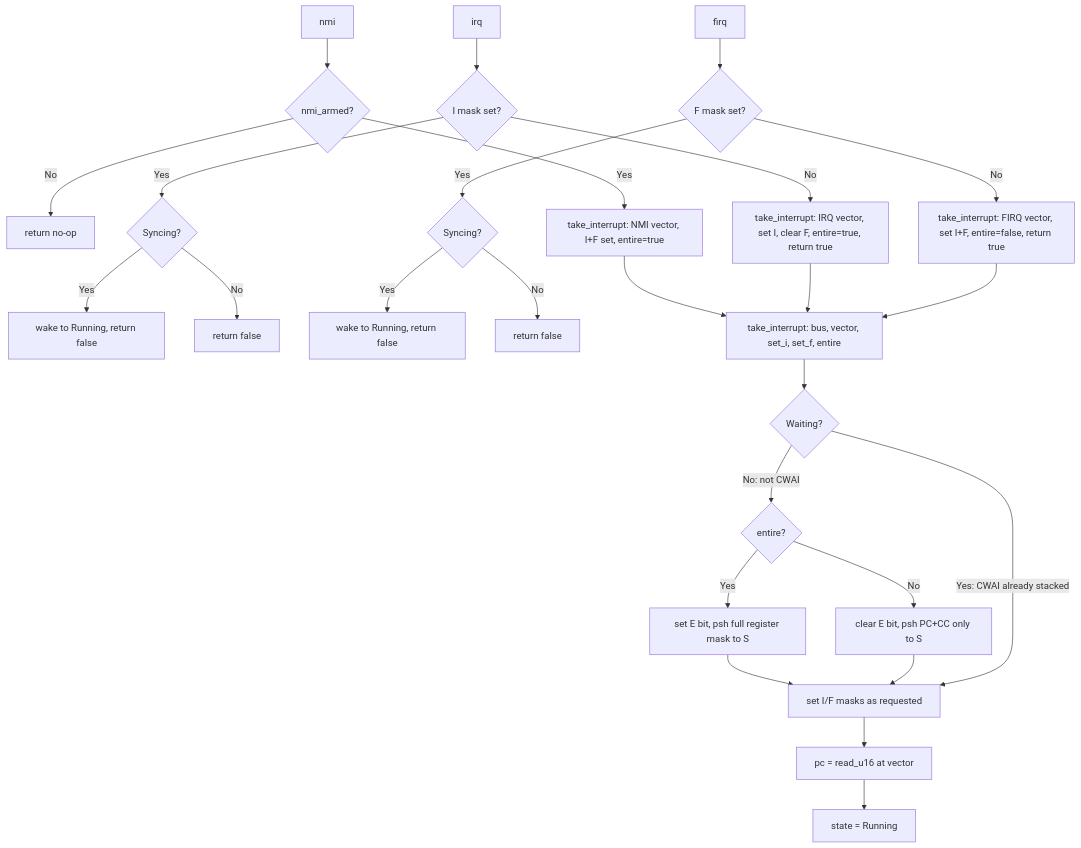
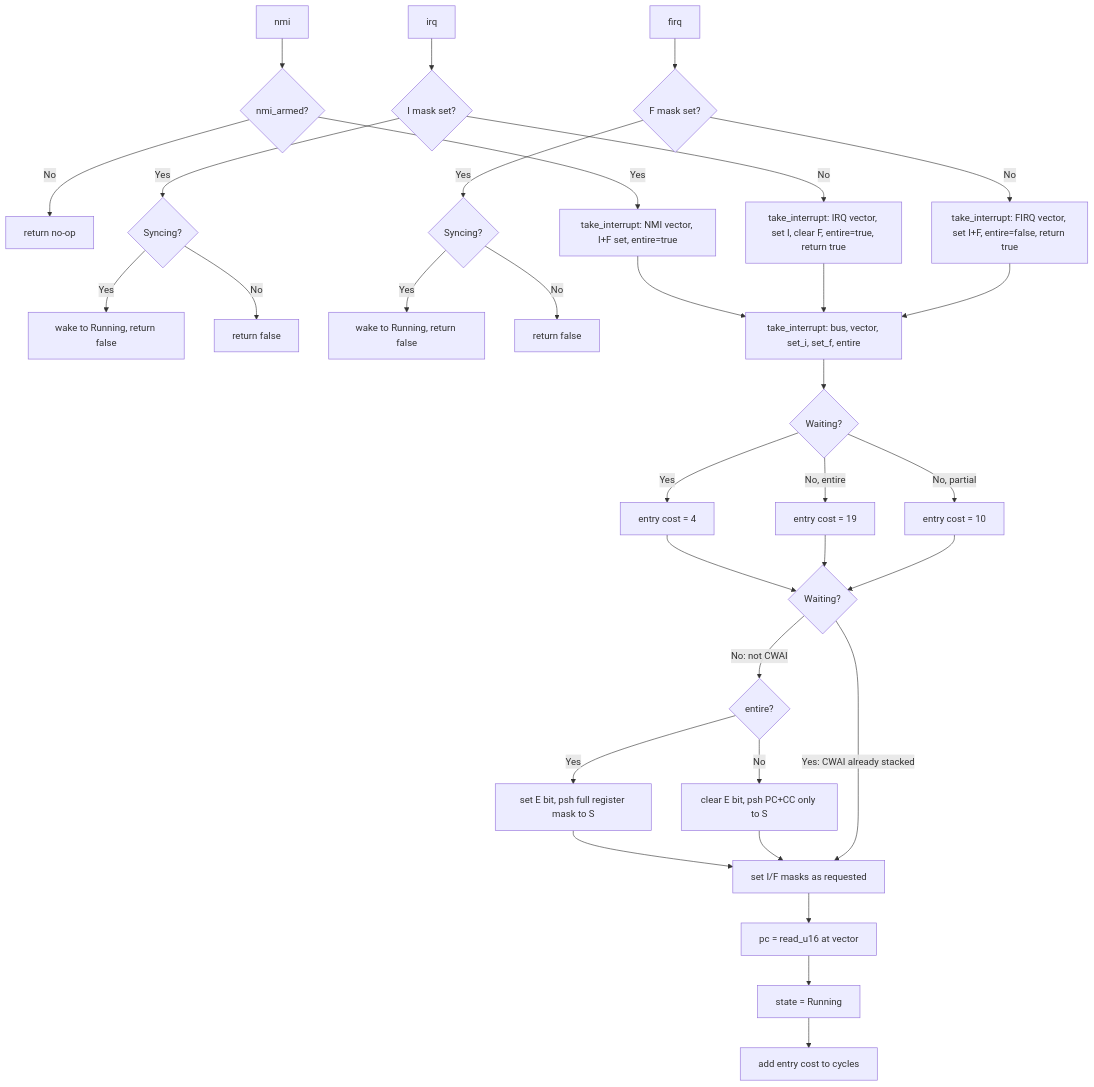
The third of 12 diagrams in crates/mc6809/diagrams.md (sperano/cocovm), drawn with Mermaid before and after one commit. The commit also changed other lines of this file and 12 other files, not shown here.

Commit message:
mc6809: account for external interrupt cycles

````diff
--- a/crates/mc6809/diagrams.md
+++ b/crates/mc6809/diagrams.md
@@ -98,32 +98,39 @@
 ```mermaid
 flowchart TD
     NMI[nmi] --> ARMED{nmi_armed?}
     ARMED -- No --> RET_N[return no-op]
     ARMED -- Yes --> TAKEN[take_interrupt: NMI vector, I+F set, entire=true]
 
     IRQ[irq] --> IMASK{I mask set?}
     IMASK -- Yes --> WK_S{Syncing?}
     WK_S -- Yes --> WAKE_S[wake to Running, return false]
     WK_S -- No --> RET_F[return false]
     IMASK -- No --> TAKEN_I[take_interrupt: IRQ vector, set I, clear F, entire=true, return true]
 
     FIRQ[firq] --> FMASK{F mask set?}
     FMASK -- Yes --> WK_F{Syncing?}
     WK_F -- Yes --> WAKE_F[wake to Running, return false]
     WK_F -- No --> RET_FF[return false]
     FMASK -- No --> TAKEN_F[take_interrupt: FIRQ vector, set I+F, entire=false, return true]
 
     TAKEN --> TAKE
     TAKEN_I --> TAKE
     TAKEN_F --> TAKE
 
-    TAKE[take_interrupt: bus, vector, set_i, set_f, entire] --> S{Waiting?}
+    TAKE[take_interrupt: bus, vector, set_i, set_f, entire] --> COST{Waiting?}
+    COST -- Yes --> WAKE_COST[entry cost = 4]
+    COST -- No, entire --> FULL_COST[entry cost = 19]
+    COST -- No, partial --> FAST_COST[entry cost = 10]
+    WAKE_COST --> S{Waiting?}
+    FULL_COST --> S
+    FAST_COST --> S
     S -- No: not CWAI --> FRAME{entire?}
     FRAME -- Yes --> FULL[set E bit, psh full register mask to S]
     FRAME -- No --> FAST[clear E bit, psh PC+CC only to S]
     FULL --> MASKS
     FAST --> MASKS
     S -- Yes: CWAI already stacked --> MASKS[set I/F masks as requested]
     MASKS --> VEC[pc = read_u16 at vector]
     VEC --> RUN[state = Running]
+    RUN --> CHARGE[add entry cost to cycles]
 ```
````
